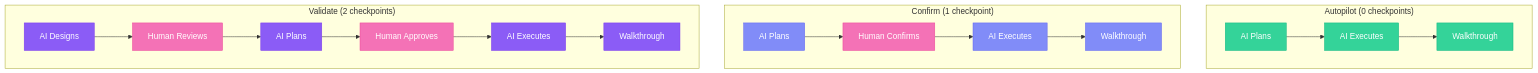
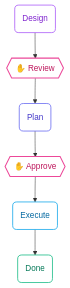
Before and after one commit to fabriqaai/specs.md: the fourth of 4 diagrams in docs.specs.md/fire-flow/execution-modes.mdx, drawn with Mermaid. The commit also changed other lines of this file and 31 other files, not shown here.

First line of the commit message:
docs: modernize mermaid diagrams and update runs.active schema refs

````diff
--- a/docs.specs.md/fire-flow/execution-modes.mdx
+++ b/docs.specs.md/fire-flow/execution-modes.mdx
@@ -50,28 +57,9 @@
-```mermaid
-flowchart TB
-    subgraph AUTO["Autopilot (0 checkpoints)"]
-        A1[AI Plans] --> A2[AI Executes] --> A3[Walkthrough]
-    end
-
-    subgraph CONF["Confirm (1 checkpoint)"]
-        C1[AI Plans] --> C2[Human Confirms] --> C3[AI Executes] --> C4[Walkthrough]
-    end
-
-    subgraph VALI["Validate (2 checkpoints)"]
-        V1[AI Designs] --> V2[Human Reviews] --> V3[AI Plans] --> V4[Human Approves] --> V5[AI Executes] --> V6[Walkthrough]
-    end
-
-    style A1 fill:#34D399,stroke:#10B981,color:#fff
-    style A2 fill:#34D399,stroke:#10B981,color:#fff
-    style A3 fill:#34D399,stroke:#10B981,color:#fff
-    style C1 fill:#818CF8,stroke:#6366F1,color:#fff
-    style C2 fill:#F472B6,stroke:#EC4899,color:#fff
-    style C3 fill:#818CF8,stroke:#6366F1,color:#fff
-    style C4 fill:#818CF8,stroke:#6366F1,color:#fff
-    style V1 fill:#8B5CF6,stroke:#7C3AED,color:#fff
-    style V2 fill:#F472B6,stroke:#EC4899,color:#fff
-    style V3 fill:#8B5CF6,stroke:#7C3AED,color:#fff
-    style V4 fill:#F472B6,stroke:#EC4899,color:#fff
-    style V5 fill:#8B5CF6,stroke:#7C3AED,color:#fff
-    style V6 fill:#8B5CF6,stroke:#7C3AED,color:#fff
-```
+    ```mermaid actions={false}
+    flowchart TB
+        V1(Design):::design --> V2{{"✋ Review"}}:::check --> V3(Plan):::plan --> V4{{"✋ Approve"}}:::check --> V5(Execute):::build --> V6(Done):::done
+        classDef design fill:#fff,stroke:#A855F7,color:#7E22CE,stroke-width:1.5px,rx:8,ry:8
+        classDef plan fill:#fff,stroke:#6366F1,color:#4338CA,stroke-width:1.5px,rx:8,ry:8
+        classDef build fill:#fff,stroke:#0EA5E9,color:#0369A1,stroke-width:1.5px,rx:8,ry:8
+        classDef done fill:#fff,stroke:#10B981,color:#047857,stroke-width:1.5px,rx:8,ry:8
+        classDef check fill:#fff,stroke:#EC4899,color:#BE185D,stroke-width:2px,rx:8,ry:8
+    ```
````
